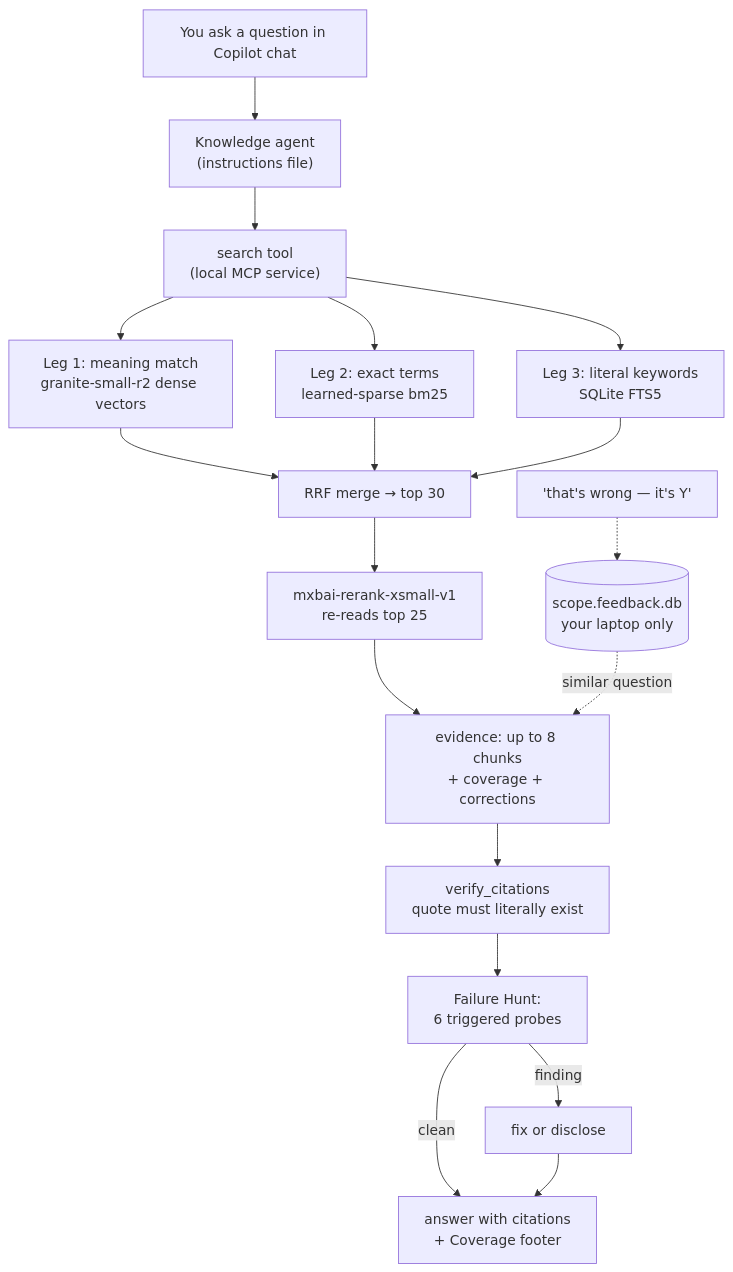
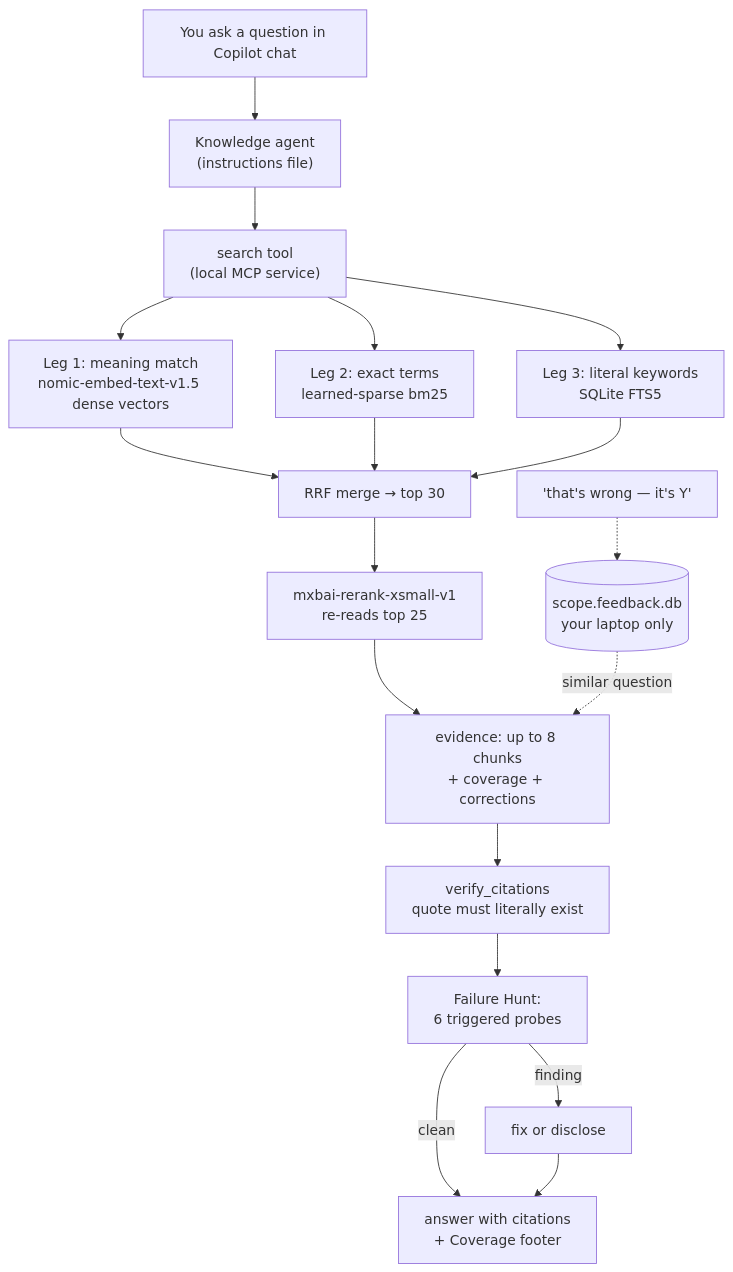
One commit to nkunal1992/agents changed the diagram in docs/knowledge-agent-kt-guide.md. Above: the diagram before and after it, drawn with Mermaid. The commit also changed other lines of this file and 24 other files, not shown here.

````diff
--- a/docs/knowledge-agent-kt-guide.md
+++ b/docs/knowledge-agent-kt-guide.md
@@ -21,18 +21,18 @@
 ```mermaid
 flowchart TD
     Q["You ask a question in Copilot chat"] --> AG["Knowledge agent<br/>(instructions file)"]
     AG --> SE["search tool<br/>(local MCP service)"]
-    SE --> D["Leg 1: meaning match<br/>granite-small-r2 dense vectors"]
+    SE --> D["Leg 1: meaning match<br/>nomic-embed-text-v1.5 dense vectors"]
     SE --> SP["Leg 2: exact terms<br/>learned-sparse bm25"]
     SE --> FT["Leg 3: literal keywords<br/>SQLite FTS5"]
     D & SP & FT --> FU["RRF merge → top 30"]
     FU --> RR["mxbai-rerank-xsmall-v1<br/>re-reads top 25"]
     RR --> EV["evidence: up to 8 chunks<br/>+ coverage + corrections"]
     EV --> VC["verify_citations<br/>quote must literally exist"]
     VC --> FH["Failure Hunt:<br/>6 triggered probes"]
     FH -->|finding| FX["fix or disclose"]
     FH -->|clean| ANS
     FX --> ANS["answer with citations<br/>+ Coverage footer"]
     C["'that's wrong — it's Y'"] -.-> FB[("scope.feedback.db<br/>your laptop only")]
     FB -.->|similar question| EV
 ```
````
